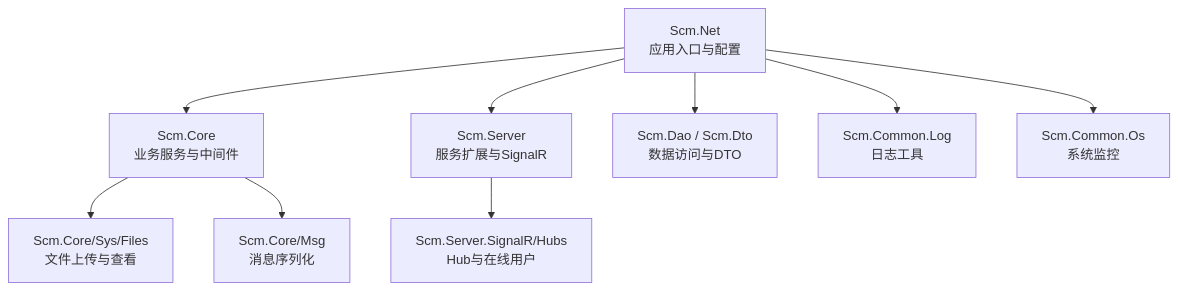
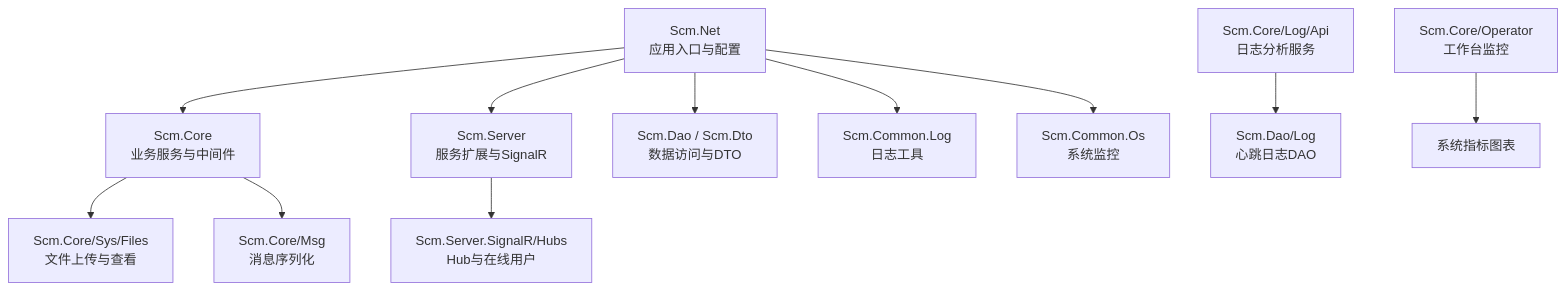
Before and after one commit to leadiot/Scm.Net: the first of 6 diagrams in .qoder/repowiki/zh/content/故障排除和常见问题/故障排除和常见问题.md, drawn with Mermaid. The commit also changed other lines of this file and 126 other files, not shown here.

````diff
--- a/.qoder/repowiki/zh/content/故障排除和常见问题/故障排除和常见问题.md
+++ b/.qoder/repowiki/zh/content/故障排除和常见问题/故障排除和常见问题.md
@@ -43,11 +57,13 @@
 ```mermaid
 graph TB
 A["Scm.Net<br/>应用入口与配置"] --> B["Scm.Core<br/>业务服务与中间件"]
 A --> C["Scm.Server<br/>服务扩展与SignalR"]
 A --> D["Scm.Dao / Scm.Dto<br/>数据访问与DTO"]
 A --> E["Scm.Common.Log<br/>日志工具"]
 A --> F["Scm.Common.Os<br/>系统监控"]
 B --> G["Scm.Core/Sys/Files<br/>文件上传与查看"]
 B --> H["Scm.Core/Msg<br/>消息序列化"]
 C --> I["Scm.Server.SignalR/Hubs<br/>Hub与在线用户"]
+J["Scm.Core/Log/Api<br/>日志分析服务"] --> K["Scm.Dao/Log<br/>心跳日志DAO"]
+L["Scm.Core/Operator<br/>工作台监控"] --> M["系统指标图表"]
 ```
````
